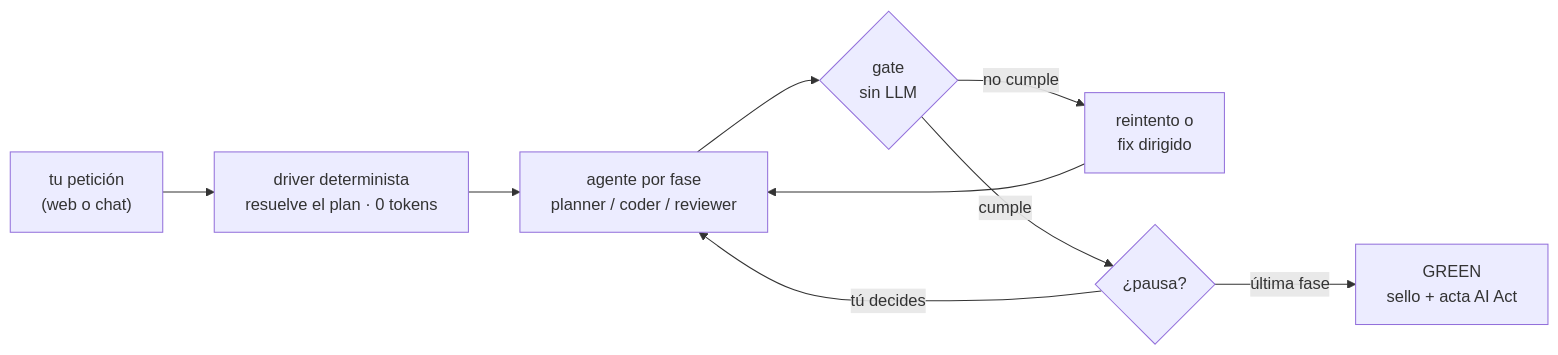
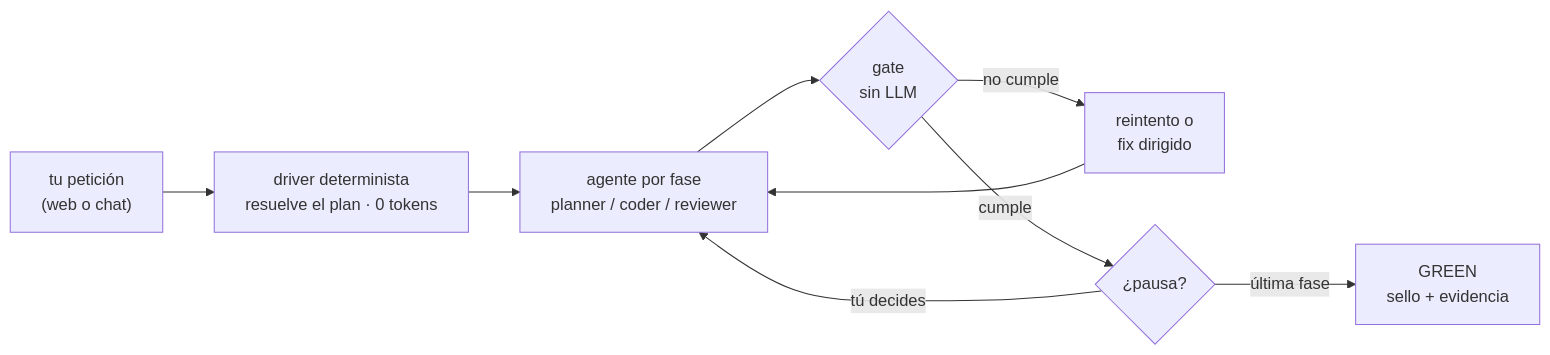
Before and after one commit to JtajadaGit/Conductor: the diagram in README.md, drawn with Mermaid. The commit also changed other lines of this file and 19 other files, not shown here.

````diff
--- a/README.md
+++ b/README.md
@@ -185,10 +185,10 @@
 ```mermaid
 flowchart LR
     A["tu petición<br>(web o chat)"] --> B["driver determinista<br>resuelve el plan · 0 tokens"]
     B --> C["agente por fase<br>planner / coder / reviewer"]
     C --> G{"gate<br>sin LLM"}
     G -- "no cumple" --> R["reintento o<br>fix dirigido"] --> C
     G -- "cumple" --> P{"¿pausa?"}
     P -- "tú decides" --> C
-    P -- "última fase" --> V["GREEN<br>sello + acta AI Act"]
+    P -- "última fase" --> V["GREEN<br>sello + evidencia"]
 ```
````
